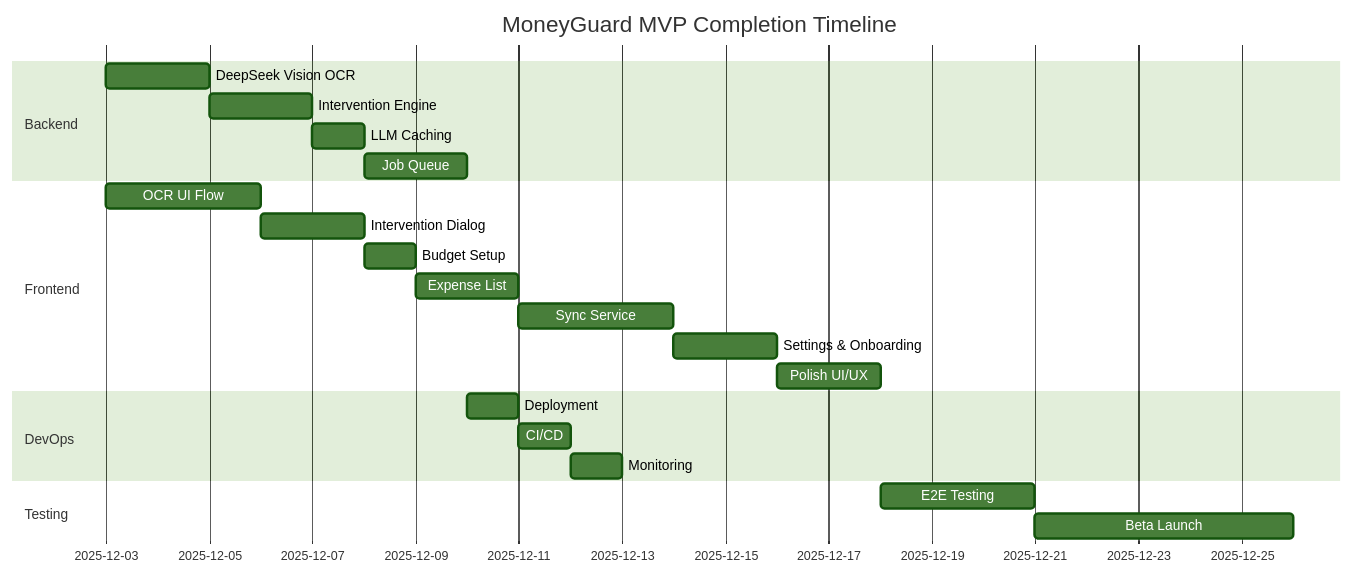
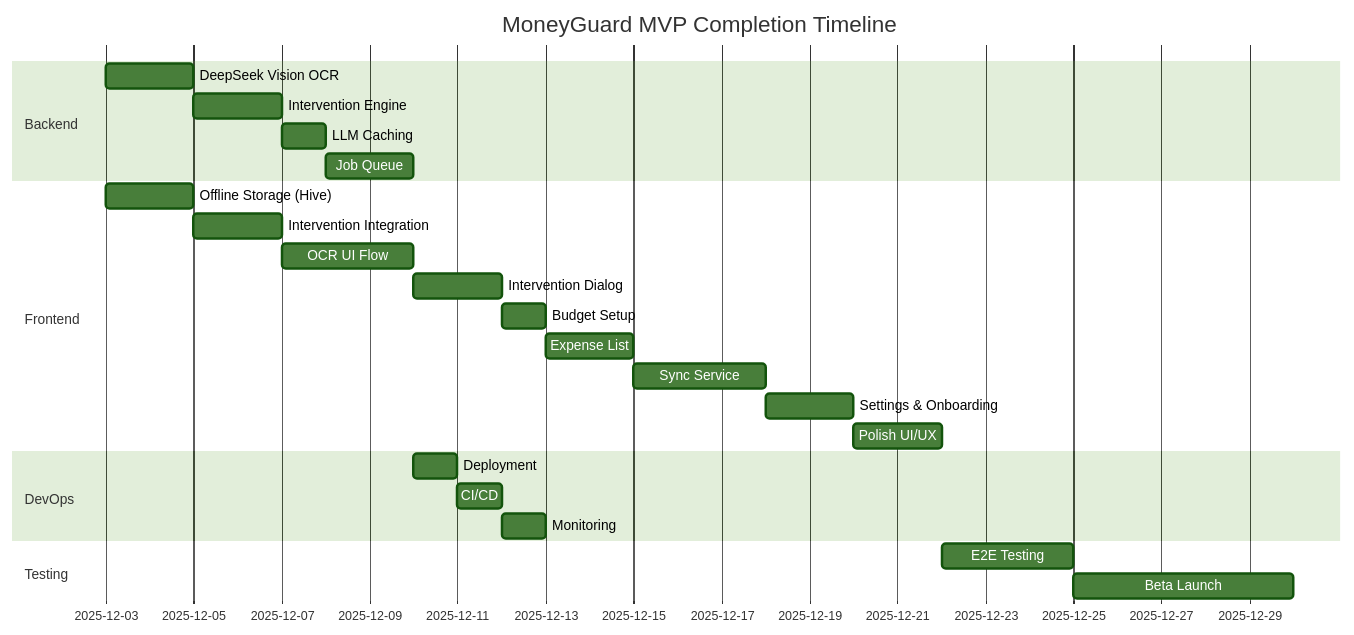
Before and after one commit to clusterpj/MoneyGuard: the diagram in plan.md, drawn with Mermaid (forest theme). The commit also changed other lines of this file and 20 other files, not shown here.

First line of the commit message:
feat: Enhance expense management and intervention features

````diff
--- a/plan.md
+++ b/plan.md
@@ -111,25 +138,27 @@
 ```mermaid
 gantt
     title MoneyGuard MVP Completion Timeline
     dateFormat  YYYY-MM-DD
     section Backend
     DeepSeek Vision OCR      :2025-12-03, 2d
     Intervention Engine      :2025-12-05, 2d
     LLM Caching              :2025-12-07, 1d
     Job Queue                :2025-12-08, 2d
     section Frontend
-    OCR UI Flow              :2025-12-03, 3d
-    Intervention Dialog      :2025-12-06, 2d
-    Budget Setup             :2025-12-08, 1d
-    Expense List             :2025-12-09, 2d
-    Sync Service             :2025-12-11, 3d
-    Settings & Onboarding    :2025-12-14, 2d
-    Polish UI/UX             :2025-12-16, 2d
+    Offline Storage (Hive)   :2025-12-03, 2d
+    Intervention Integration :2025-12-05, 2d
+    OCR UI Flow              :2025-12-07, 3d
+    Intervention Dialog      :2025-12-10, 2d
+    Budget Setup             :2025-12-12, 1d
+    Expense List             :2025-12-13, 2d
+    Sync Service             :2025-12-15, 3d
+    Settings & Onboarding    :2025-12-18, 2d
+    Polish UI/UX             :2025-12-20, 2d
     section DevOps
     Deployment               :2025-12-10, 1d
     CI/CD                    :2025-12-11, 1d
     Monitoring               :2025-12-12, 1d
     section Testing
-    E2E Testing              :2025-12-18, 3d
-    Beta Launch              :2025-12-21, 5d
+    E2E Testing              :2025-12-22, 3d
+    Beta Launch              :2025-12-25, 5d
 ```
````
